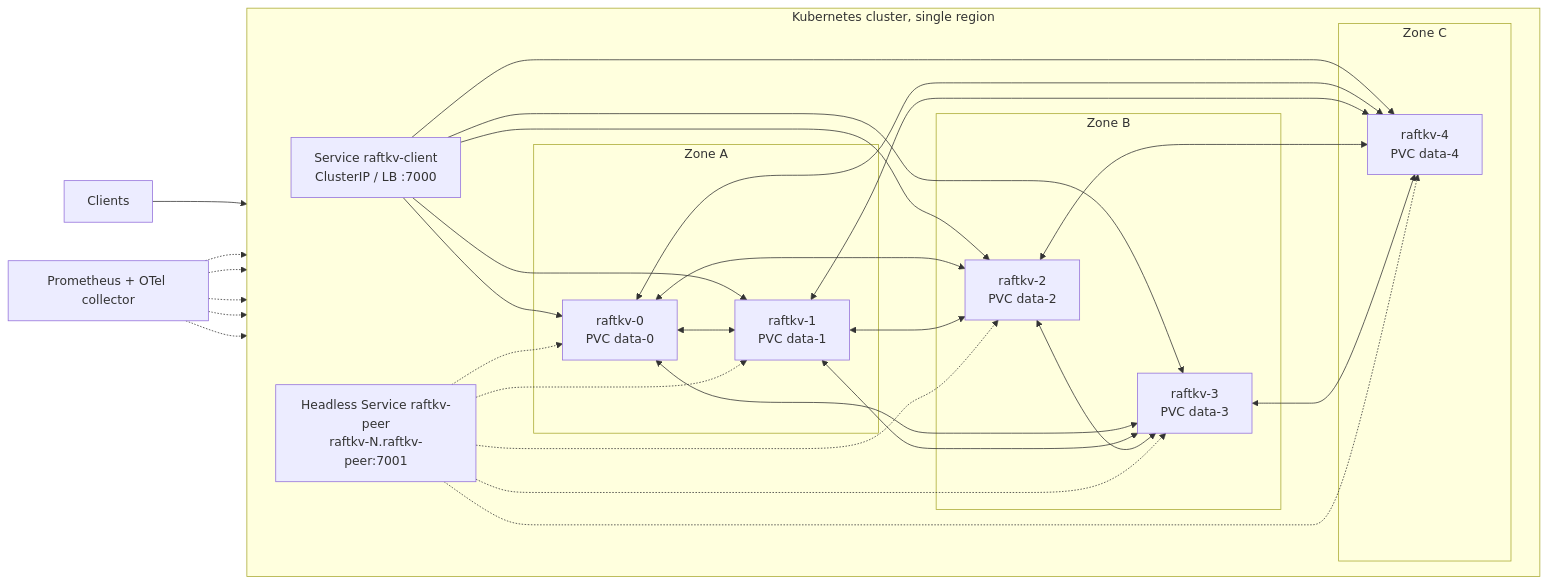
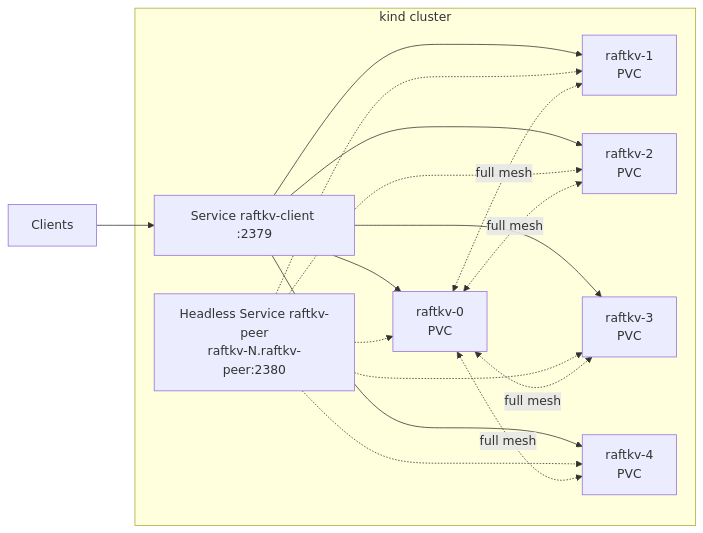
One commit to bibekgupta3333/raftkv-distributed-store changed the second of 5 diagrams in docs/architecture.md. Above: the diagram before and after it, drawn with Mermaid. The commit also changed other lines of this file and 3 other files, not shown here.

First line of the commit message:
docs: simplify architecture, system, API and storage design

````diff
--- a/docs/architecture.md
+++ b/docs/architecture.md
@@ -138,35 +126,16 @@
 ```mermaid
 flowchart LR
-    subgraph K8s["Kubernetes cluster, single region"]
-        direction LR
-        SVC["Service raftkv-client<br/>ClusterIP / LB :7000"]
-        HSVC["Headless Service raftkv-peer<br/>raftkv-N.raftkv-peer:7001"]
-
-        subgraph ZA["Zone A"]
-            N0["raftkv-0<br/>PVC data-0"]
-            N1["raftkv-1<br/>PVC data-1"]
-        end
-        subgraph ZB["Zone B"]
-            N2["raftkv-2<br/>PVC data-2"]
-            N3["raftkv-3<br/>PVC data-3"]
-        end
-        subgraph ZC["Zone C"]
-            N4["raftkv-4<br/>PVC data-4"]
-        end
+    subgraph K8s["kind cluster"]
+        SVC["Service raftkv-client :2379"]
+        HSVC["Headless Service raftkv-peer<br/>raftkv-N.raftkv-peer:2380"]
+        N0["raftkv-0<br/>PVC"]
+        N1["raftkv-1<br/>PVC"]
+        N2["raftkv-2<br/>PVC"]
+        N3["raftkv-3<br/>PVC"]
+        N4["raftkv-4<br/>PVC"]
     end
-
     CLIENT["Clients"] --> SVC
     SVC --> N0 & N1 & N2 & N3 & N4
-    N0 <--> N1
-    N0 <--> N2
-    N0 <--> N3
-    N0 <--> N4
-    N1 <--> N2
-    N1 <--> N3
-    N1 <--> N4
-    N2 <--> N3
-    N2 <--> N4
-    N3 <--> N4
     HSVC -.-> N0 & N1 & N2 & N3 & N4
-    PROM["Prometheus + OTel collector"] -.-> N0 & N1 & N2 & N3 & N4
+    N0 <-.full mesh.-> N1 & N2 & N3 & N4
 ```
````
